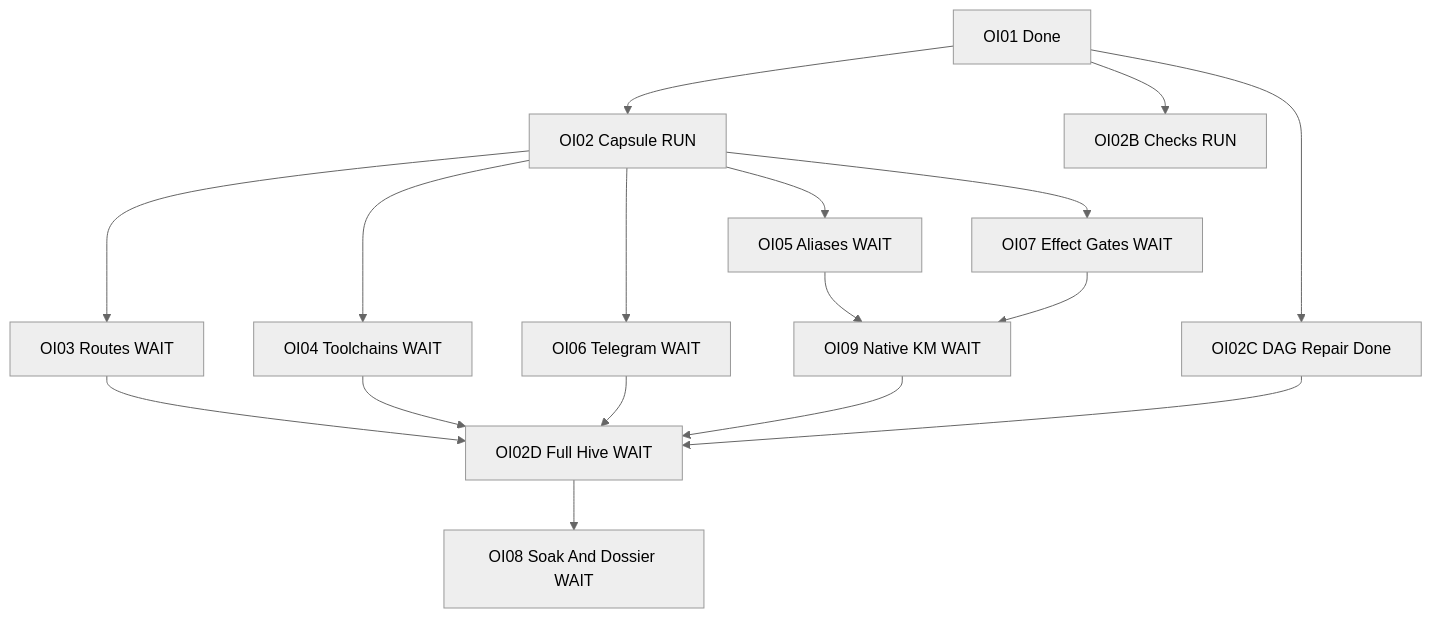
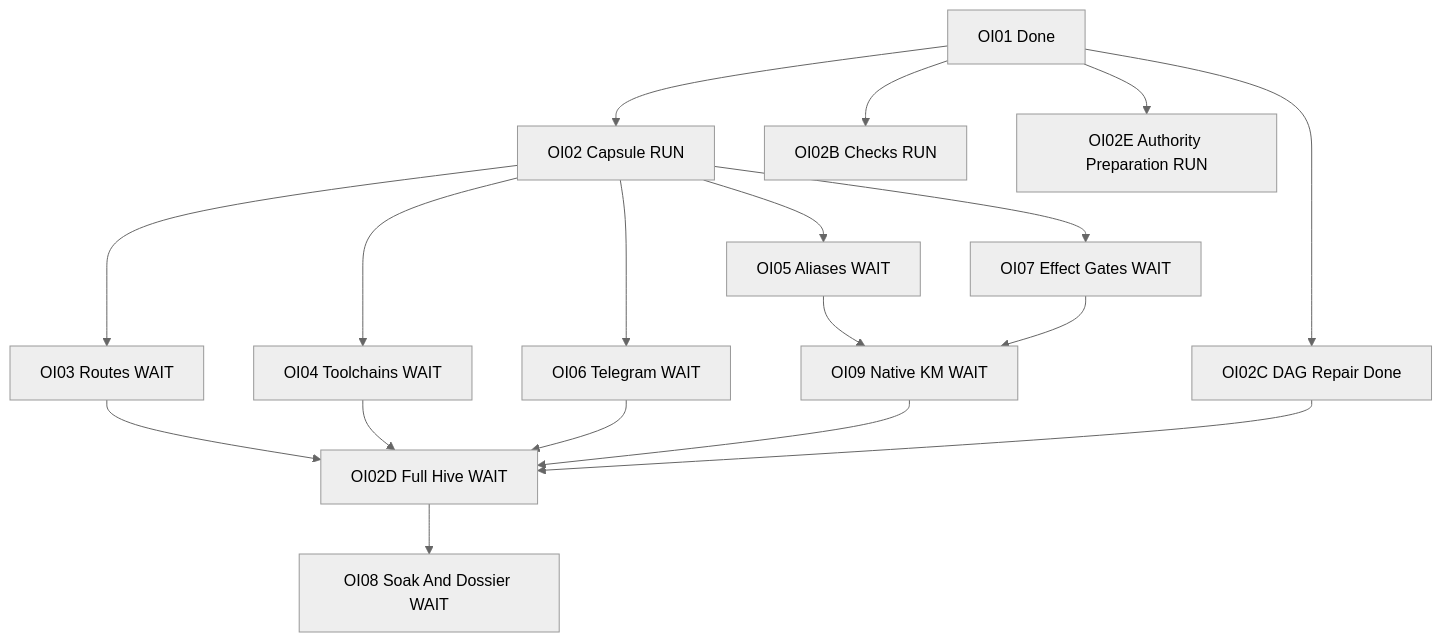
One commit to Anaik7799/uos changed the diagram in docs/design/20261031-1908-full-hive-outstanding-task-graph.md. Above: the diagram before and after it, drawn with Mermaid (neutral theme). The commit also changed other lines of this file and 6 other files, not shown here.

````diff
--- a/docs/design/20261031-1908-full-hive-outstanding-task-graph.md
+++ b/docs/design/20261031-1908-full-hive-outstanding-task-graph.md
@@ -30,19 +31,20 @@
 ```mermaid
 flowchart TD
  O1[OI01 Done] --> O2[OI02 Capsule RUN]
  O1 --> B[OI02B Checks RUN]
+ O1 --> E[OI02E Authority Preparation RUN]
  O1 --> C[OI02C DAG Repair Done]
  O2 --> O3[OI03 Routes WAIT]
  O2 --> O4[OI04 Toolchains WAIT]
  O2 --> O5[OI05 Aliases WAIT]
  O2 --> O6[OI06 Telegram WAIT]
  O2 --> O7[OI07 Effect Gates WAIT]
  O5 --> O9[OI09 Native KM WAIT]
  O7 --> O9
  O3 --> D[OI02D Full Hive WAIT]
  O4 --> D
  O6 --> D
  O9 --> D
  C --> D
  D --> O8[OI08 Soak And Dossier WAIT]
 ```
````
